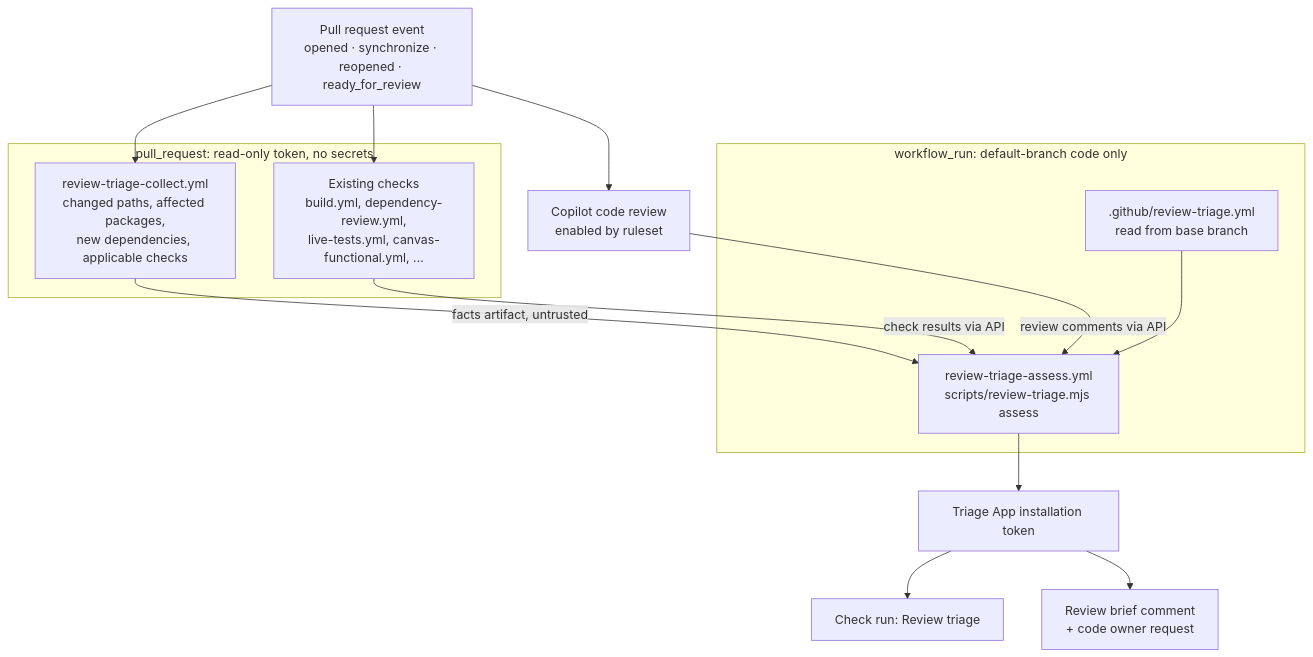
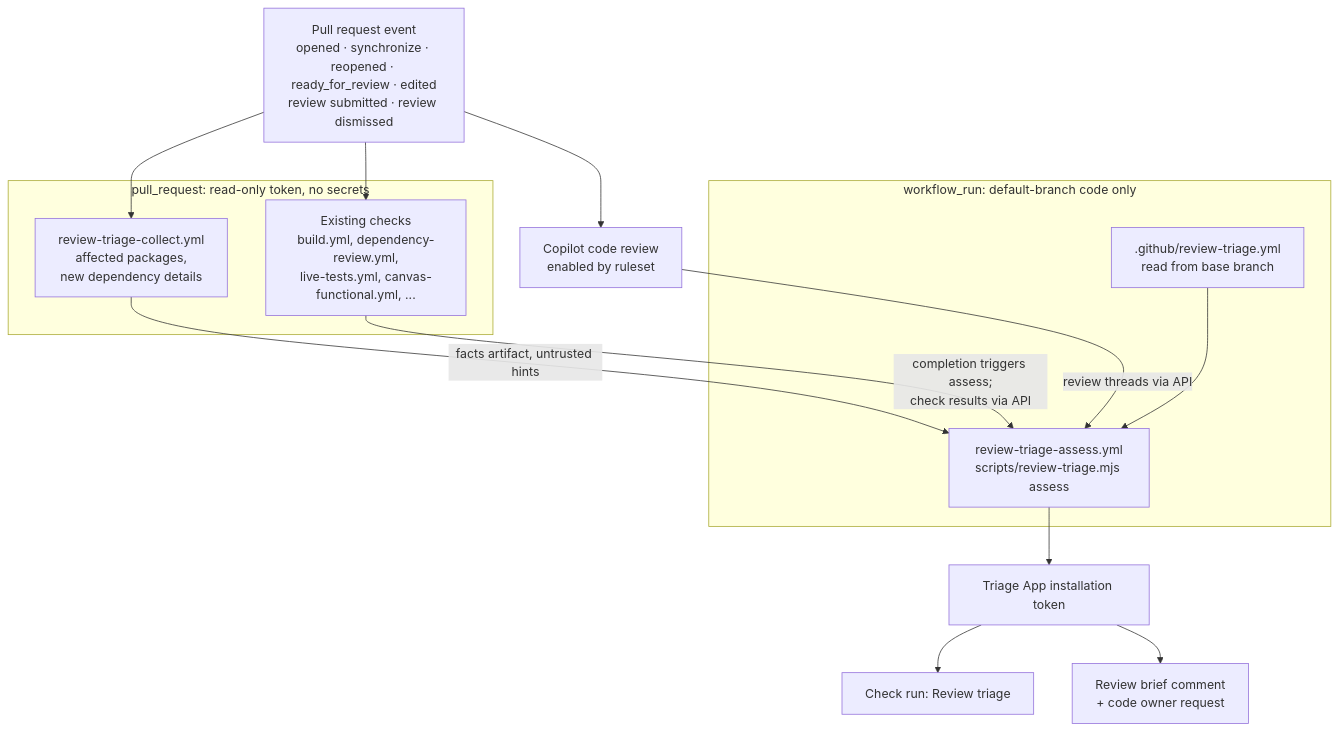
Before and after one commit to radius-project/ai-extensions: the diagram in docs/design/2026-10-automated-pr-review-triage.md, drawn with Mermaid. The commit also changed other lines of this file, not shown here.

Commit message:
docs: address review of PR triage design

````diff
--- a/docs/design/2026-10-automated-pr-review-triage.md
+++ b/docs/design/2026-10-automated-pr-review-triage.md
@@ -111,31 +111,31 @@
 ```mermaid
 flowchart TD
-  PR[Pull request event<br/>opened · synchronize · reopened · ready_for_review]
+  PR[Pull request event<br/>opened · synchronize · reopened · ready_for_review · edited<br/>review submitted · review dismissed]
 
   subgraph unprivileged[pull_request: read-only token, no secrets]
     BUILD[Existing checks<br/>build.yml, dependency-review.yml,<br/>live-tests.yml, canvas-functional.yml, ...]
-    COLLECT[review-triage-collect.yml<br/>changed paths, affected packages,<br/>new dependencies, applicable checks]
+    COLLECT[review-triage-collect.yml<br/>affected packages,<br/>new dependency details]
   end
 
   CCR[Copilot code review<br/>enabled by ruleset]
 
   subgraph privileged[workflow_run: default-branch code only]
     ASSESS[review-triage-assess.yml<br/>scripts/review-triage.mjs assess]
     POLICY[.github/review-triage.yml<br/>read from base branch]
   end
 
   APP[Triage App installation token]
   CHECK[Check run: Review triage]
   BRIEF[Review brief comment<br/>+ code owner request]
 
   PR --> BUILD
   PR --> COLLECT
   PR --> CCR
-  COLLECT -- facts artifact, untrusted --> ASSESS
-  BUILD -- check results via API --> ASSESS
-  CCR -- review comments via API --> ASSESS
+  COLLECT -- facts artifact, untrusted hints --> ASSESS
+  BUILD -- completion triggers assess;<br/>check results via API --> ASSESS
+  CCR -- review threads via API --> ASSESS
   POLICY --> ASSESS
   ASSESS --> APP
   APP --> CHECK
   APP --> BRIEF
 ```
````
